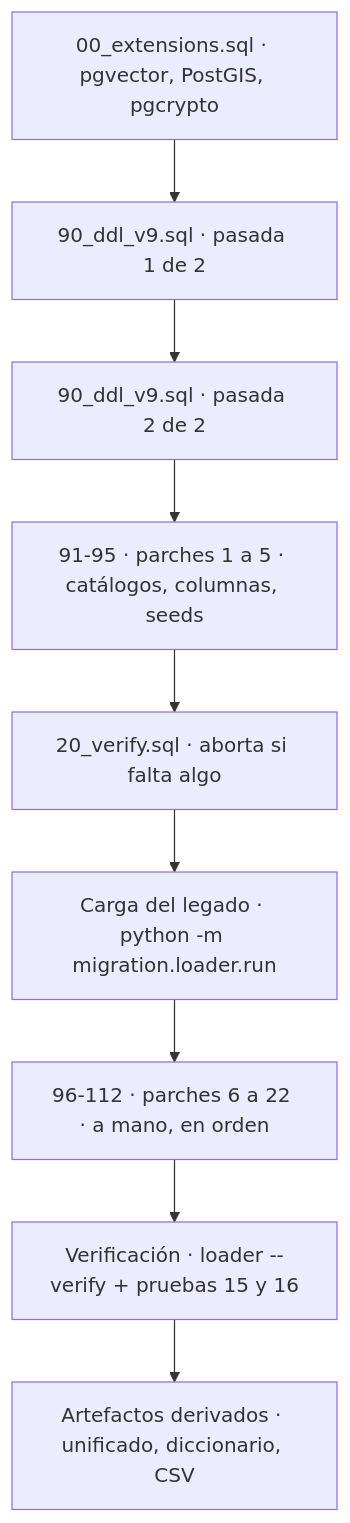
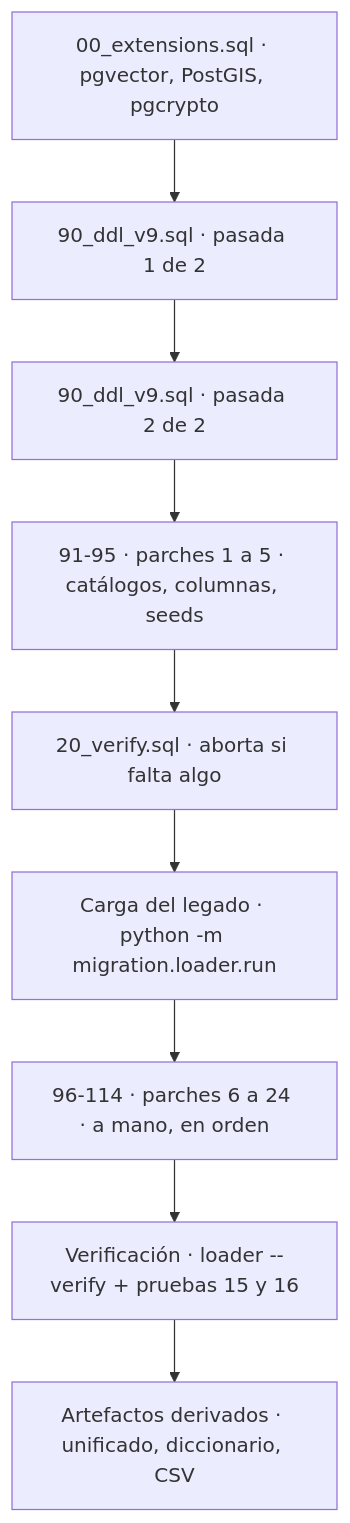
The first of 2 diagrams in docs/README.md (diegopaucarv/avisa), drawn with Mermaid before and after one commit. The commit also changed other lines of this file and 190 other files, not shown here.

````diff
--- a/docs/README.md
+++ b/docs/README.md
@@ -454,11 +507,11 @@
 ```mermaid
 flowchart TD
     A["00_extensions.sql · pgvector, PostGIS, pgcrypto"] --> B["90_ddl_v9.sql · pasada 1 de 2"]
     B --> B2["90_ddl_v9.sql · pasada 2 de 2"]
     B2 --> C["91-95 · parches 1 a 5 · catálogos, columnas, seeds"]
     C --> D["20_verify.sql · aborta si falta algo"]
     D --> E["Carga del legado · python -m migration.loader.run"]
-    E --> F["96-112 · parches 6 a 22 · a mano, en orden"]
+    E --> F["96-114 · parches 6 a 24 · a mano, en orden"]
     F --> G["Verificación · loader --verify + pruebas 15 y 16"]
     G --> H["Artefactos derivados · unificado, diccionario, CSV"]
 ```
````
